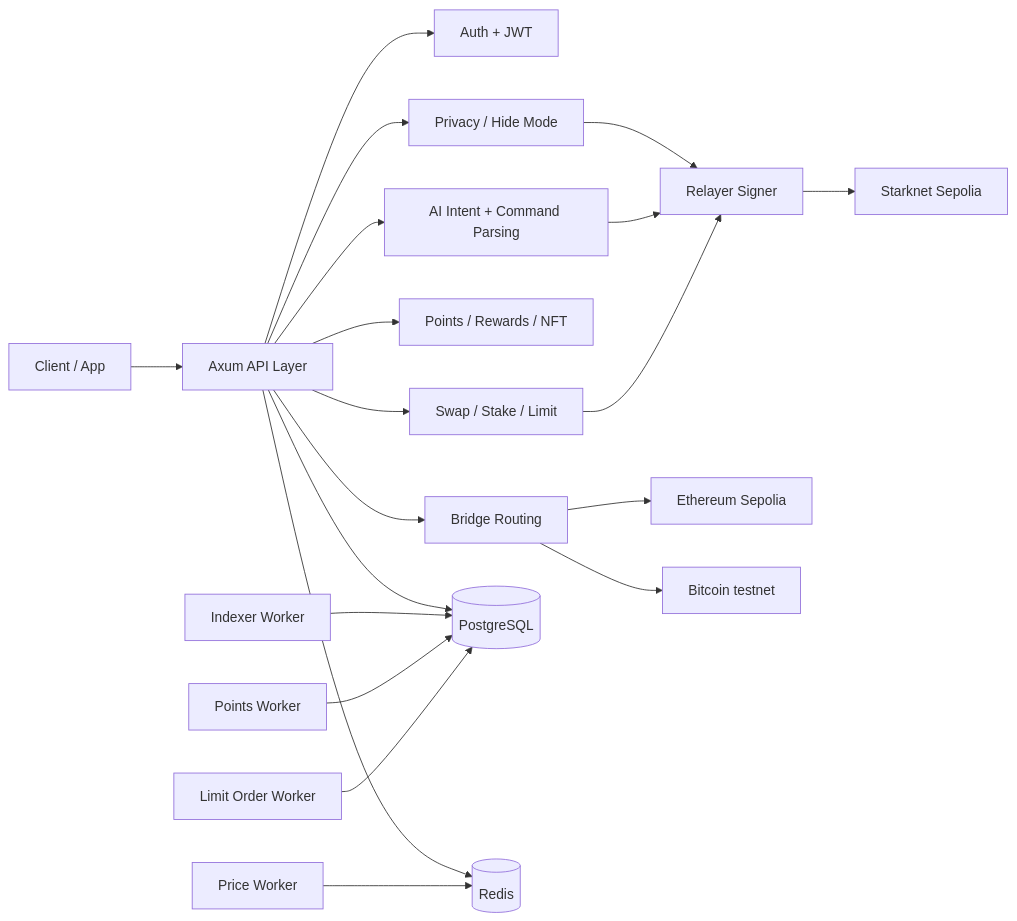
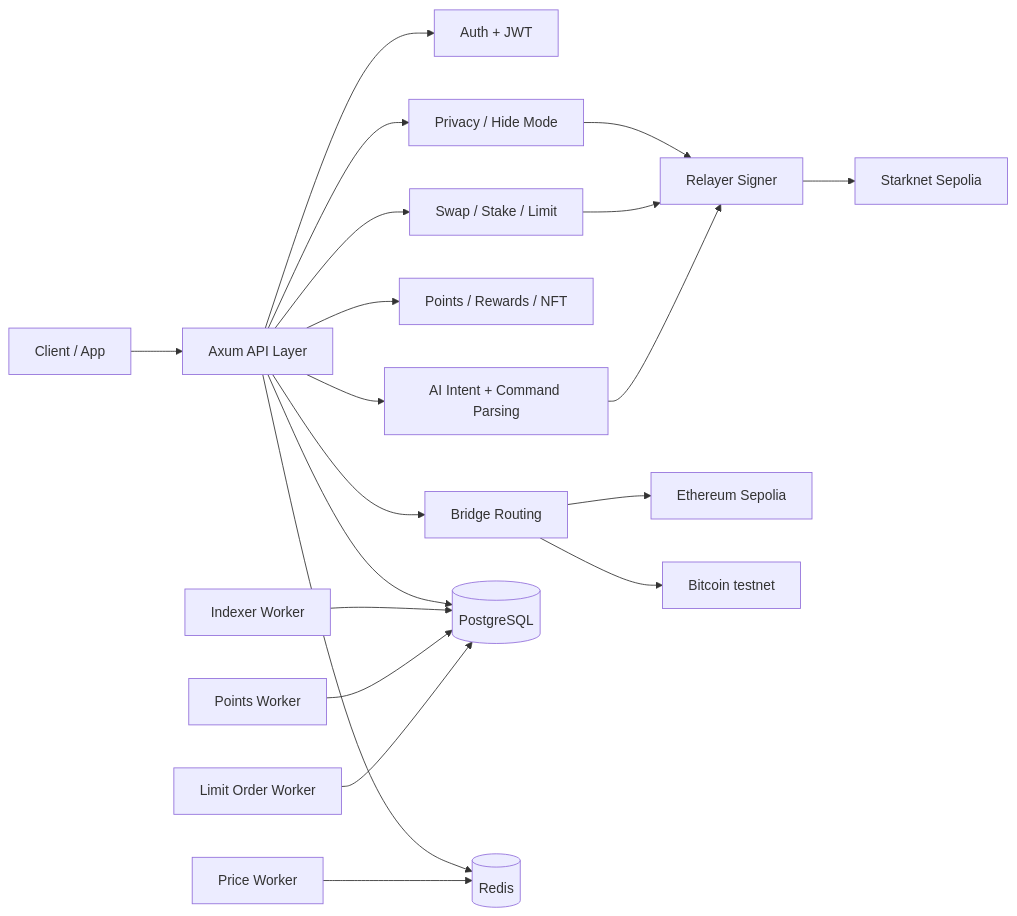
The diagram in backend-rust/README.md (ntfound-dev/zkcarel_protocol), drawn with Mermaid before and after one commit. The commit also changed other lines of this file and 25 other files, not shown here.

````diff
--- a/backend-rust/README.md
+++ b/backend-rust/README.md
@@ -52,27 +61,27 @@
 ```mermaid
 flowchart LR
     CLIENT["Client / App"] --> API["Axum API Layer"]
 
     API --> AUTH["Auth + JWT"]
     API --> TRADE["Swap / Stake / Limit"]
     API --> PRIV["Privacy / Hide Mode"]
     API --> REWARD["Points / Rewards / NFT"]
     API --> BRIDGE["Bridge Routing"]
     API --> AI["AI Intent + Command Parsing"]
 
     PRIV --> RELAYER["Relayer Signer"]
+    TRADE --> RELAYER
     AI --> RELAYER
-    TRADE --> RELAYER
 
     API --> PG[("PostgreSQL")]
     API --> REDIS[("Redis")]
 
     INDEXER["Indexer Worker"] --> PG
     PRICE["Price Worker"] --> REDIS
     POINTS["Points Worker"] --> PG
     LIMITEXEC["Limit Order Worker"] --> PG
 
     RELAYER --> STARKNET["Starknet Sepolia"]
     BRIDGE --> ETH["Ethereum Sepolia"]
     BRIDGE --> BTC["Bitcoin testnet"]
 ```
````
